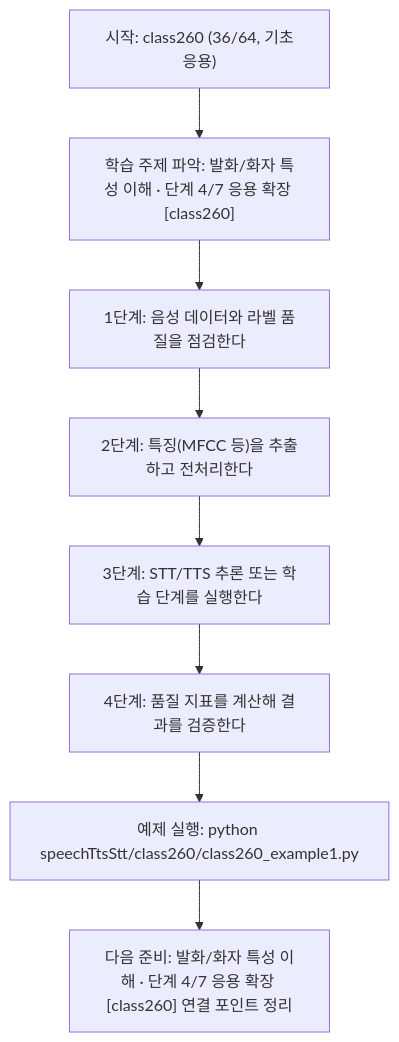
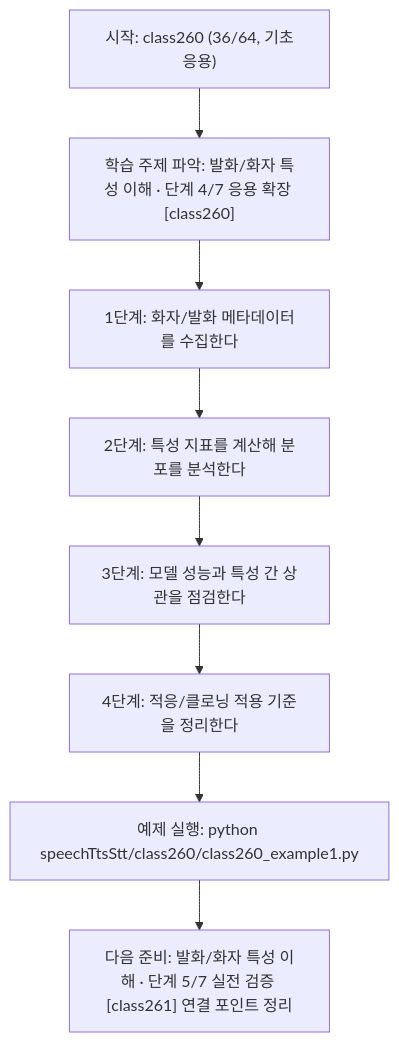
The diagram in speechTtsStt/class260/class260.md (edumgt/Python-AI_Agent-Class), drawn with Mermaid before and after one commit. The commit also changed other lines of this file and 1122 other files, not shown here.

````diff
--- a/speechTtsStt/class260/class260.md
+++ b/speechTtsStt/class260/class260.md
@@ -115,18 +95,18 @@
 ```mermaid
 flowchart TD
 N1["시작: class260 (36/64, 기초응용)"]
 N2["학습 주제 파악: 발화/화자 특성 이해 · 단계 4/7 응용 확장 [class260]"]
-N3["1단계: 음성 데이터와 라벨 품질을 점검한다"]
-N4["2단계: 특징(MFCC 등)을 추출하고 전처리한다"]
-N5["3단계: STT/TTS 추론 또는 학습 단계를 실행한다"]
-N6["4단계: 품질 지표를 계산해 결과를 검증한다"]
+N3["1단계: 화자/발화 메타데이터를 수집한다"]
+N4["2단계: 특성 지표를 계산해 분포를 분석한다"]
+N5["3단계: 모델 성능과 특성 간 상관을 점검한다"]
+N6["4단계: 적응/클로닝 적용 기준을 정리한다"]
 N7["예제 실행: python speechTtsStt/class260/class260_example1.py"]
-N8["다음 준비: 발화/화자 특성 이해 · 단계 4/7 응용 확장 [class260] 연결 포인트 정리"]
+N8["다음 준비: 발화/화자 특성 이해 · 단계 5/7 실전 검증 [class261] 연결 포인트 정리"]
 N1 --> N2
 N2 --> N3
 N3 --> N4
 N4 --> N5
 N5 --> N6
 N6 --> N7
 N7 --> N8
 ```
````
